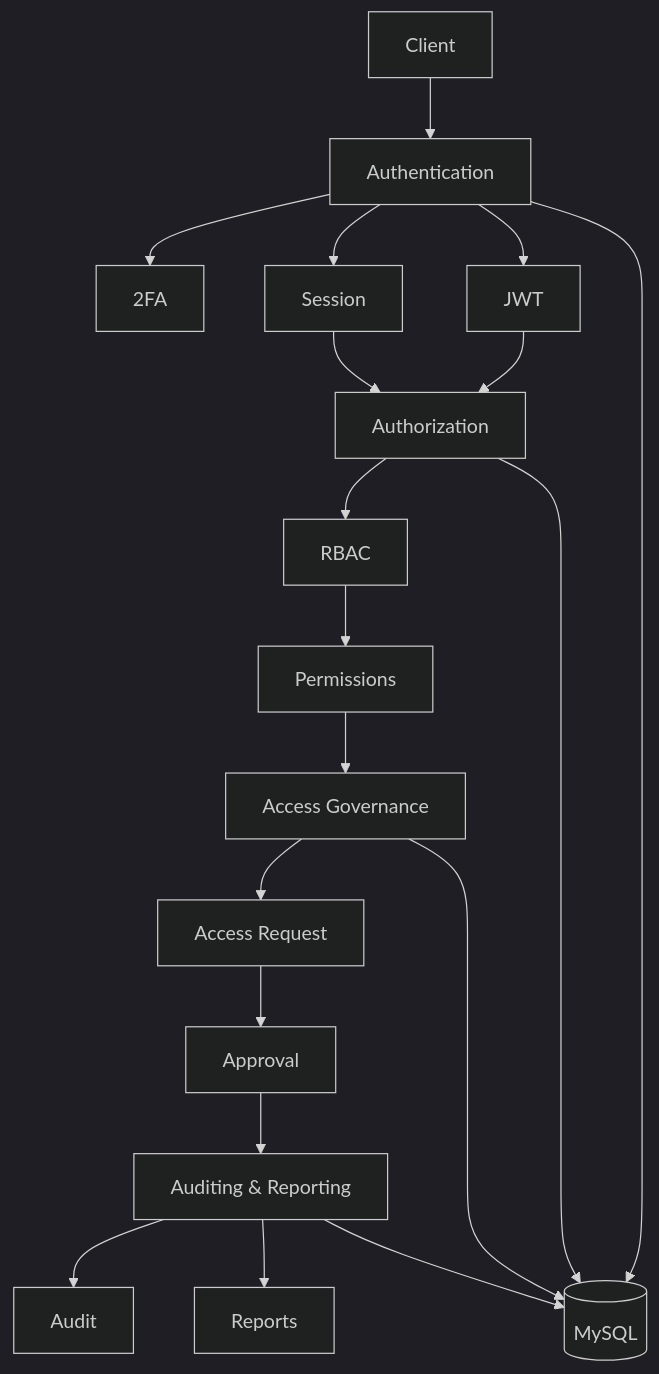
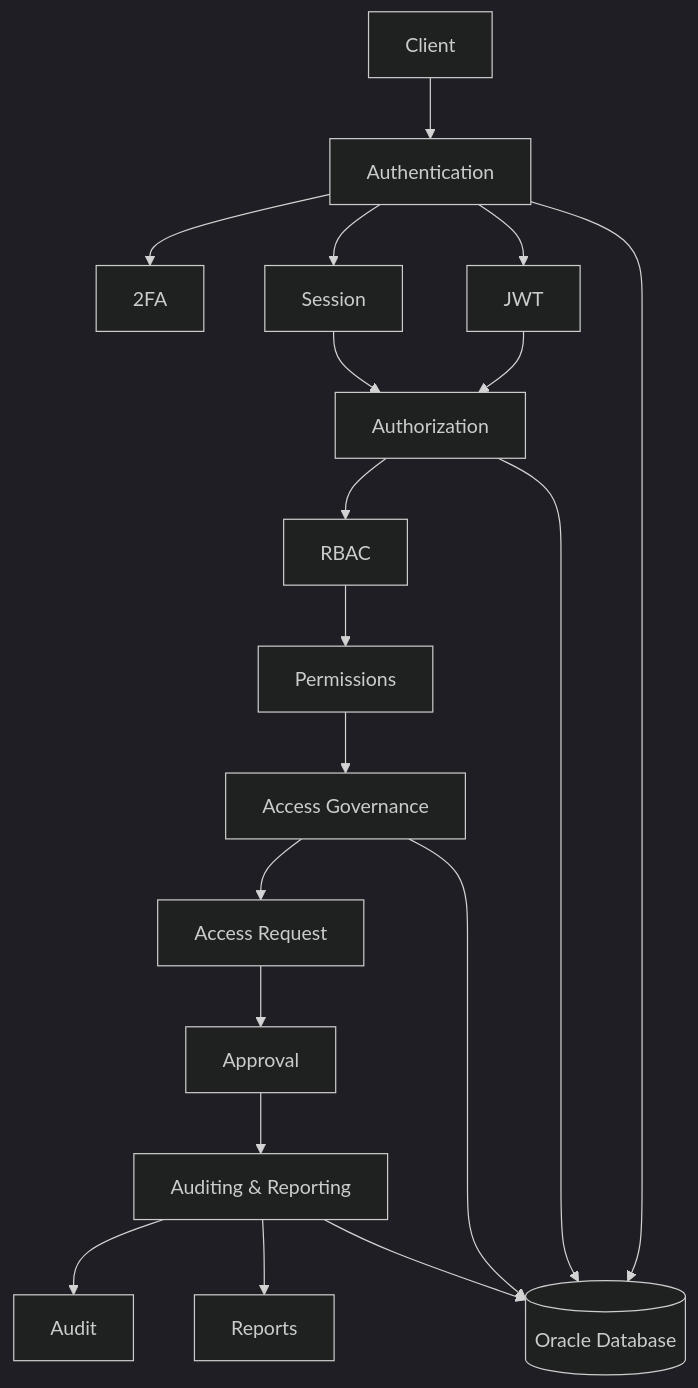
One commit to MotionPrograming/AuthorizationManagementSystem changed diagram 29 of 29 in README.md. Above: the diagram before and after it, drawn with Mermaid (dark theme). The commit also changed other lines of this file, not shown here.

````diff
--- a/README.md
+++ b/README.md
@@ -1375,48 +1402,48 @@
 ```mermaid
 flowchart TB
     CLIENT["Client"]
     
     AUTHENTICATION["Authentication"]
     TWOFA["2FA"]
     SESSION["Session"]
     JWT["JWT"]
     
     AUTHORIZATION["Authorization"]
     RBAC["RBAC"]
     PERMISSION["Permissions"]
     
     GOVERNANCE["Access Governance"]
     REQUEST["Access Request"]
     APPROVAL["Approval"]
     
     AUDITING["Auditing & Reporting"]
     AUDIT["Audit"]
     REPORT["Reports"]
     
-    DATABASE[("MySQL")]
+    DATABASE[("Oracle Database")]
     
     CLIENT --> AUTHENTICATION
     
     AUTHENTICATION --> TWOFA
     AUTHENTICATION --> SESSION
     AUTHENTICATION --> JWT
     
     SESSION --> AUTHORIZATION
     JWT --> AUTHORIZATION
     
     AUTHORIZATION --> RBAC
     RBAC --> PERMISSION
     
     PERMISSION --> GOVERNANCE
     GOVERNANCE --> REQUEST
     REQUEST --> APPROVAL
     
     APPROVAL --> AUDITING
     AUDITING --> AUDIT
     AUDITING --> REPORT
     
     AUTHENTICATION --> DATABASE
     AUTHORIZATION --> DATABASE
     GOVERNANCE --> DATABASE
     AUDITING --> DATABASE
 ```
````
